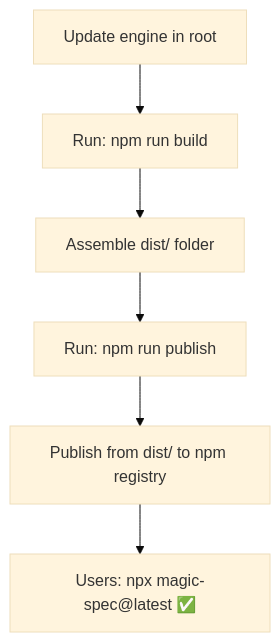
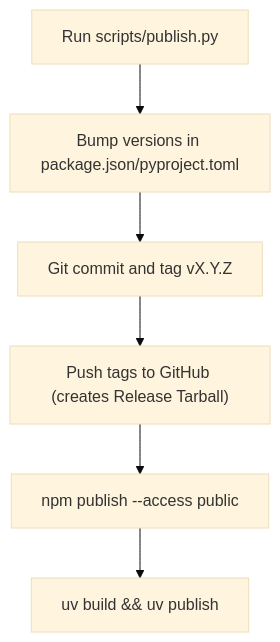
The diagram in .design/specifications/distribution-npm.md (teratron/magic-spec), drawn with Mermaid (base theme) before and after one commit. The commit also changed other lines of this file and 11 other files, not shown here.

Commit message:
docs: introduce comprehensive design specifications for the installer, architecture, and project documentation.

````diff
--- a/.design/specifications/distribution-npm.md
+++ b/.design/specifications/distribution-npm.md
@@ -78,8 +73,8 @@
 ```mermaid
 graph TD
-    A["Update engine in root"] --> B["Run: npm run build"]
-    B --> C["Assemble dist/ folder"]
-    C --> D["Run: npm run publish"]
-    D --> E["Publish from dist/ to npm registry"]
-    E --> F["Users: npx magic-spec@latest ✅"]
+    A["Run scripts/publish.py <version>"] --> C["Bump versions in package.json/pyproject.toml"]
+    C --> D["Git commit and tag vX.Y.Z"]
+    D --> E["Push tags to GitHub (creates Release Tarball)"]
+    E --> F["npm publish --access public"]
+    F --> G["uv build && uv publish"]
 ```
````
